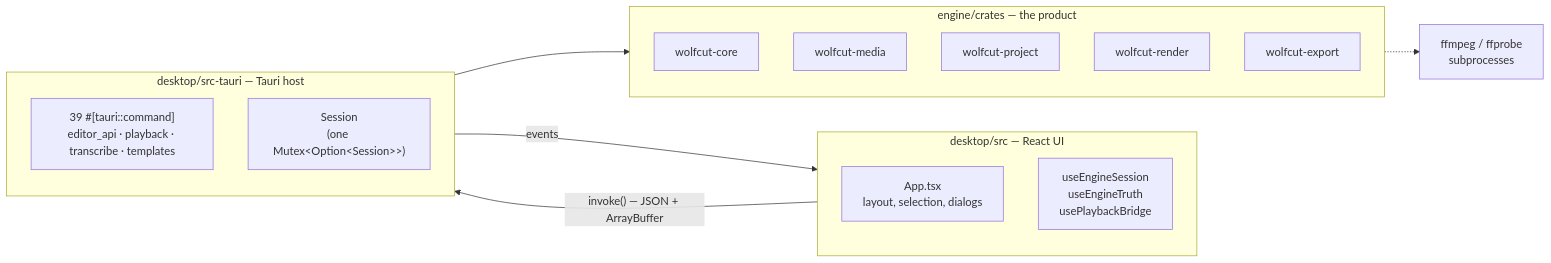
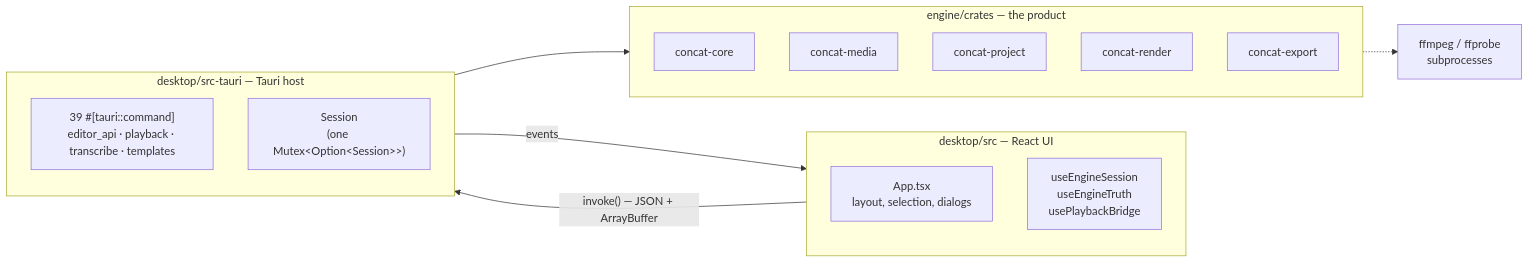
Before and after one commit to Mehdidjah/Concat-app: the first of 3 diagrams in ARCHITECTURE.md, drawn with Mermaid. The commit also changed other lines of this file and 178 other files, not shown here.

````diff
--- a/ARCHITECTURE.md
+++ b/ARCHITECTURE.md
@@ -11,22 +23,22 @@
 ```mermaid
 flowchart LR
     subgraph UI["desktop/src — React UI"]
         APP["App.tsx<br/>layout, selection, dialogs"]
         HOOKS["useEngineSession<br/>useEngineTruth<br/>usePlaybackBridge"]
     end
     subgraph HOST["desktop/src-tauri — Tauri host"]
         CMD["39 #[tauri::command]<br/>editor_api · playback · transcribe · templates"]
         SESSION["Session<br/>(one Mutex&lt;Option&lt;Session&gt;&gt;)"]
     end
     subgraph ENGINE["engine/crates — the product"]
-        CORE[wolfcut-core]
-        MEDIA[wolfcut-media]
-        PROJECT[wolfcut-project]
-        RENDER[wolfcut-render]
-        EXPORT[wolfcut-export]
+        CORE[concat-core]
+        MEDIA[concat-media]
+        PROJECT[concat-project]
+        RENDER[concat-render]
+        EXPORT[concat-export]
     end
     UI -- "invoke() — JSON + ArrayBuffer" --> HOST
     HOST -- events --> UI
     HOST --> ENGINE
     ENGINE -.-> FF["ffmpeg / ffprobe<br/>subprocesses"]
 ```
````
